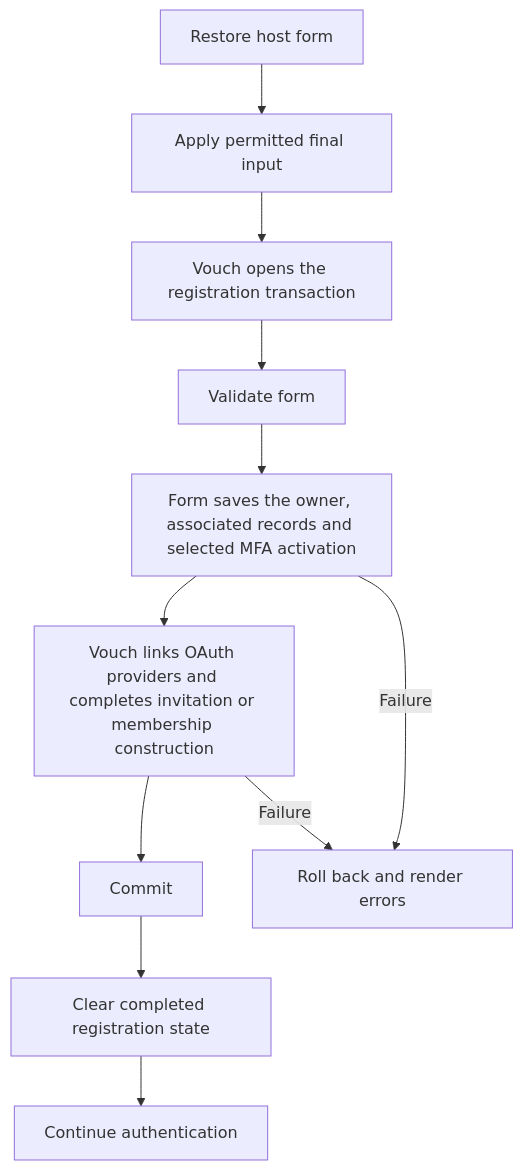
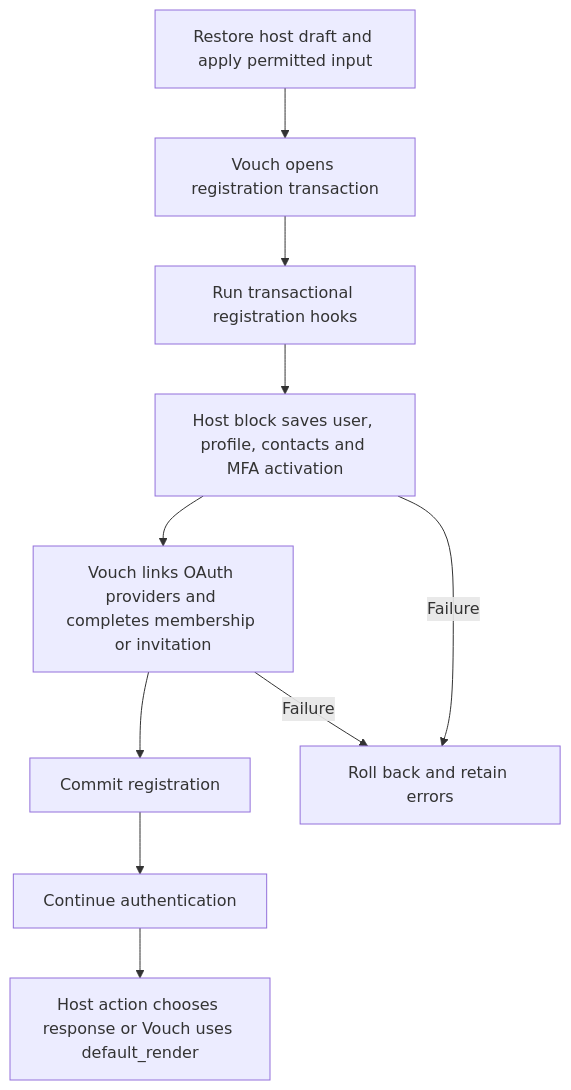
The first of 2 diagrams in docs/registration.md (NicolasJJensen/rails_vouch), drawn with Mermaid before and after one commit. The commit also changed other lines of this file and 13 other files, not shown here.

Commit message:
Document host-owned registration forms and controller responses

````diff
--- a/docs/registration.md
+++ b/docs/registration.md
@@ -251,13 +316,12 @@
 ```mermaid
 flowchart TD
-  form[Restore host form] --> fields[Apply permitted final input]
-  fields --> tx[Vouch opens the registration transaction]
-  tx --> validate[Validate form]
-  validate --> save[Form saves the owner, associated records and selected MFA activation]
-  save --> links[Vouch links OAuth providers and completes invitation or membership construction]
-  links --> commit[Commit]
-  commit --> clear[Clear completed registration state]
-  clear --> signin[Continue authentication]
-  save -->|Failure| rollback[Roll back and render errors]
+  form[Restore host draft and apply permitted input] --> tx[Vouch opens registration transaction]
+  tx --> hooks[Run transactional registration hooks]
+  hooks --> save[Host block saves user, profile, contacts and MFA activation]
+  save --> links[Vouch links OAuth providers and completes membership or invitation]
+  links --> commit[Commit registration]
+  commit --> signin[Continue authentication]
+  signin --> response[Host action chooses response or Vouch uses default_render]
+  save -->|Failure| rollback[Roll back and retain errors]
   links -->|Failure| rollback
 ```
````
